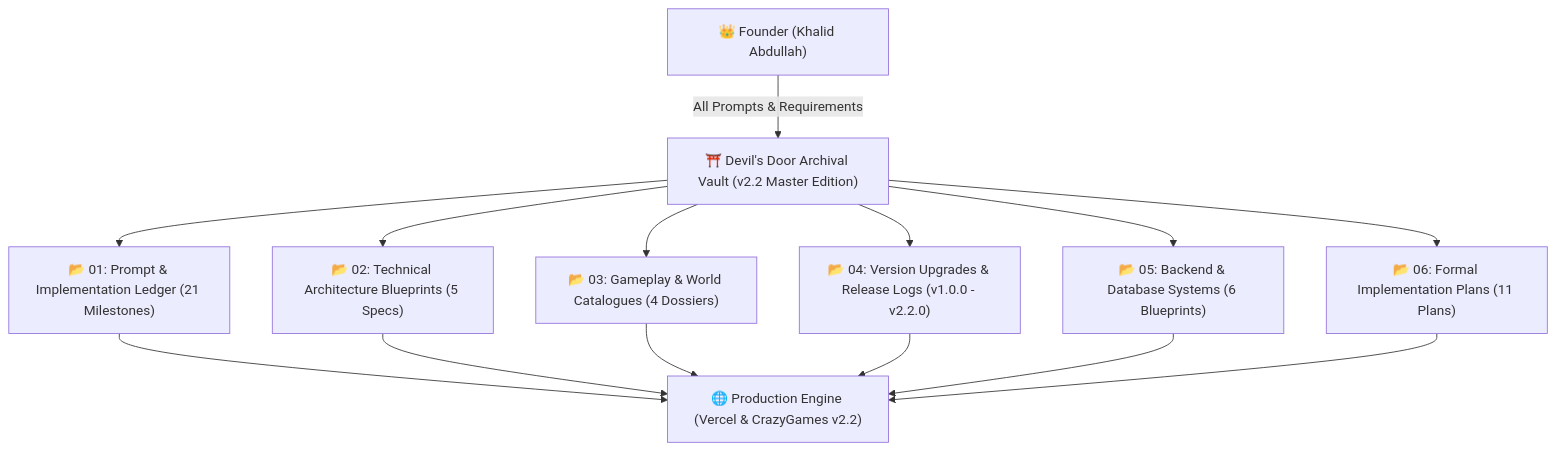
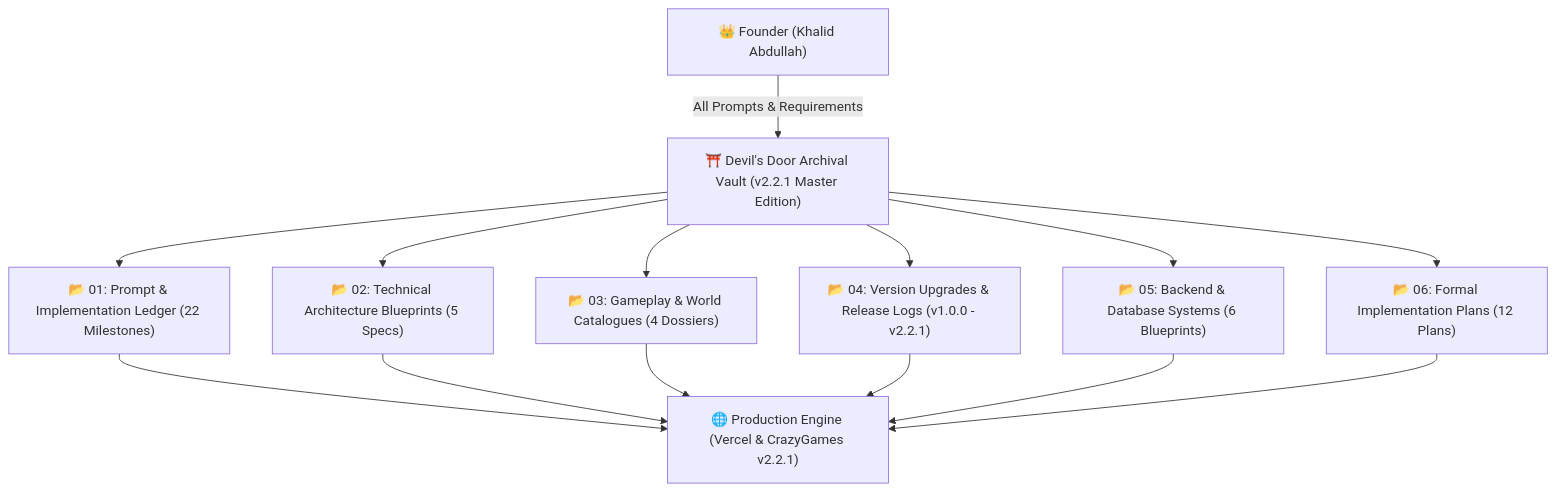
The diagram in DevilsDoor_Vault/⛩️_00_MASTER_INDEX.md (khalidabdullahh/DevilsDoor), drawn with Mermaid before and after one commit. The commit also changed other lines of this file and 41 other files, not shown here.

````diff
--- a/DevilsDoor_Vault/⛩️_00_MASTER_INDEX.md
+++ b/DevilsDoor_Vault/⛩️_00_MASTER_INDEX.md
@@ -7,12 +7,12 @@
 ```mermaid
 graph TD
-    User["👑 Founder (Khalid Abdullah)"] -->|All Prompts & Requirements| Vault["⛩️ Devil's Door Archival Vault (v2.2 Master Edition)"]
-    Vault --> P["📂 01: Prompt & Implementation Ledger (21 Milestones)"]
+    User["👑 Founder (Khalid Abdullah)"] -->|All Prompts & Requirements| Vault["⛩️ Devil's Door Archival Vault (v2.2.1 Master Edition)"]
+    Vault --> P["📂 01: Prompt & Implementation Ledger (22 Milestones)"]
     Vault --> A["📂 02: Technical Architecture Blueprints (5 Specs)"]
     Vault --> G["📂 03: Gameplay & World Catalogues (4 Dossiers)"]
-    Vault --> V["📂 04: Version Upgrades & Release Logs (v1.0.0 - v2.2.0)"]
+    Vault --> V["📂 04: Version Upgrades & Release Logs (v1.0.0 - v2.2.1)"]
     Vault --> B["📂 05: Backend & Database Systems (6 Blueprints)"]
-    Vault --> Plans["📂 06: Formal Implementation Plans (11 Plans)"]
+    Vault --> Plans["📂 06: Formal Implementation Plans (12 Plans)"]
     
-    P & A & G & V & B & Plans --> Engine["🌐 Production Engine (Vercel & CrazyGames v2.2)"]
+    P & A & G & V & B & Plans --> Engine["🌐 Production Engine (Vercel & CrazyGames v2.2.1)"]
 ```
````
